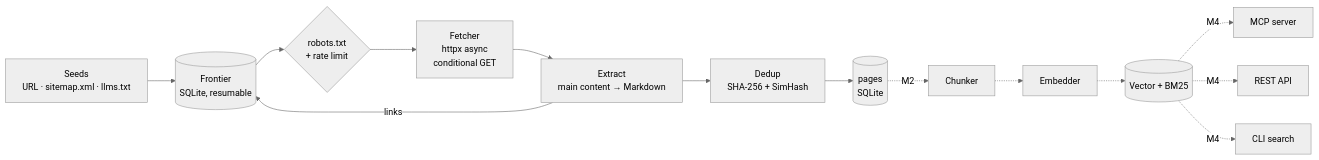
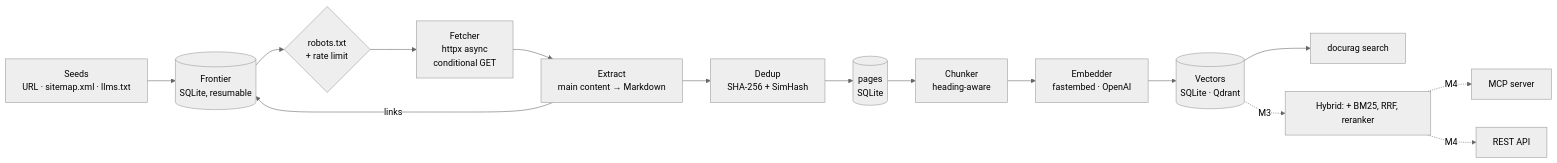
The diagram in README.md (uzairharoon-dev/Docs-Spider), drawn with Mermaid (neutral theme) before and after one commit. The commit also changed other lines of this file and 15 other files, not shown here.

````diff
--- a/README.md
+++ b/README.md
@@ -170,12 +217,16 @@
 ```mermaid
 flowchart LR
     S[Seeds<br/>URL · sitemap.xml · llms.txt] --> F[(Frontier<br/>SQLite, resumable)]
     F --> R{robots.txt<br/>+ rate limit}
     R --> FE[Fetcher<br/>httpx async<br/>conditional GET]
     FE --> X[Extract<br/>main content → Markdown]
     X -->|links| F
     X --> D[Dedup<br/>SHA-256 + SimHash]
     D --> P[(pages<br/>SQLite)]
-    P -.M2.-> C[Chunker] -.-> E[Embedder] -.-> I[(Vector + BM25)]
-    I -.M4.-> M[MCP server] & A[REST API] & CLI[CLI search]
+    P --> C[Chunker<br/>heading-aware]
+    C --> E[Embedder<br/>fastembed · OpenAI]
+    E --> V[(Vectors<br/>SQLite · Qdrant)]
+    V --> CLI[docurag search]
+    V -.M3.-> H[Hybrid: + BM25, RRF, reranker]
+    H -.M4.-> M[MCP server] & A[REST API]
 ```
````
